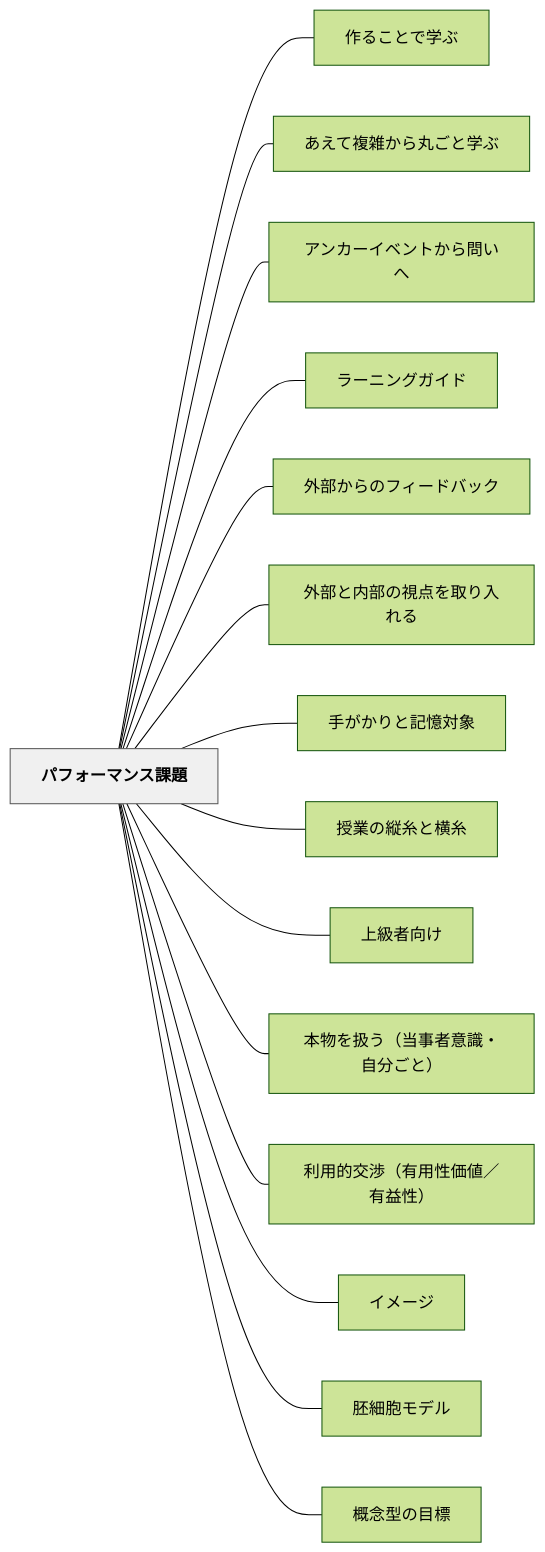
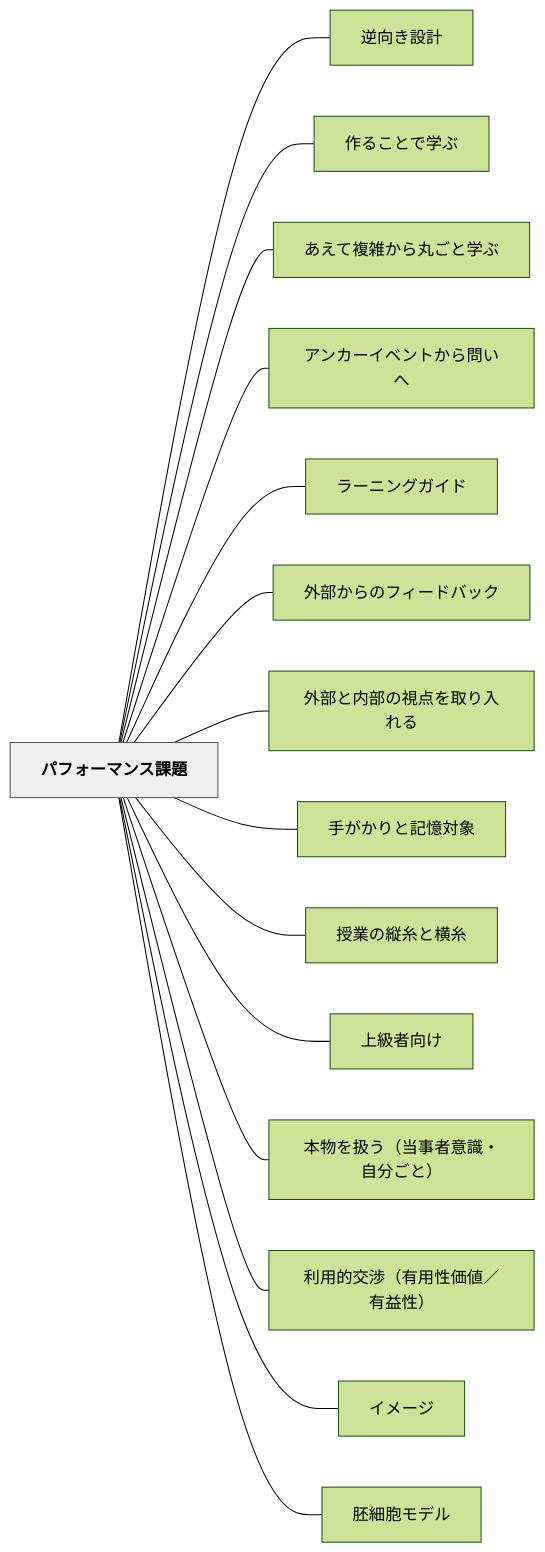
Before and after one commit to unknownthings-ed-patterns/unknownthings-ed-patterns: the diagram in content/パタン/パフォーマンス課題.md, drawn with Mermaid (forest theme). The commit also changed other lines of this file and 47 other files, not shown here.

````diff
--- a/content/パタン/パフォーマンス課題.md
+++ b/content/パタン/パフォーマンス課題.md
@@ -87,36 +88,36 @@
 ```mermaid
 flowchart LR
     ne38391e38395e382a9e383bce3839ee383b3e382b9e8aab2e9a18c["パフォーマンス課題"]
+    ne98086e59091e3818de8a8ade8a888["逆向き設計"]
     ne4bd9ce3828be38193e381a8e381a7e5ada6e381b6["作ることで学ぶ"]
     ne38182e38188e381a6e8a487e99b91e3818be38289e4b8b8e38194e381a8e5ada6e381b6["あえて複雑から丸ごと学ぶ"]
     ne382a2e383b3e382abe383bce382a4e38399e383b3e38388e3818be38289e5958fe38184e381b8["アンカーイベントから問いへ"]
     ne383a9e383bce3838be383b3e382b0e382ace382a4e38389["ラーニングガイド"]
     ne5a496e983a8e3818be38289e381aee38395e382a3e383bce38389e38390e38383e382af["外部からのフィードバック"]
     ne5a496e983a8e381a8e58685e983a8e381aee8a696e782b9e38292e58f96e3828ae585a5e3828ce3828b["外部と内部の視点を取り入れる"]
     ne6898be3818ce3818be3828ae381a8e8a898e686b6e5afbee8b1a1["手がかりと記憶対象"]
     ne68e88e6a5ade381aee7b8a6e7b3b8e381a8e6a8aae7b3b8["授業の縦糸と横糸"]
     ne4b88ae7b49ae88085e59091e38191["上級者向け"]
     ne69cace789a9e38292e689b1e38186efbc88e5bd93e4ba8be88085e6848fe8ad98e383bbe887aae58886e38194e381a8efbc89["本物を扱う（当事者意識・自分ごと）"]
     ne588a9e794a8e79a84e4baa4e6b889efbc88e69c89e794a8e680a7e4bea1e580a4efbc8fe69c89e79b8ae680a7efbc89["利用的交渉（有用性価値／有益性）"]
     ne382a4e383a1e383bce382b8["イメージ"]
     ne8839ae7b4b0e8839ee383a2e38387e383ab["胚細胞モデル"]
-    ne6a682e5bfb5e59e8be381aee79baee6a899["概念型の目標"]
 
+    ne38391e38395e382a9e383bce3839ee383b3e382b9e8aab2e9a18c --- ne98086e59091e3818de8a8ade8a888
     ne38391e38395e382a9e383bce3839ee383b3e382b9e8aab2e9a18c --- ne4bd9ce3828be38193e381a8e381a7e5ada6e381b6
     ne38391e38395e382a9e383bce3839ee383b3e382b9e8aab2e9a18c --- ne38182e38188e381a6e8a487e99b91e3818be38289e4b8b8e38194e381a8e5ada6e381b6
     ne38391e38395e382a9e383bce3839ee383b3e382b9e8aab2e9a18c --- ne382a2e383b3e382abe383bce382a4e38399e383b3e38388e3818be38289e5958fe38184e381b8
     ne38391e38395e382a9e383bce3839ee383b3e382b9e8aab2e9a18c --- ne383a9e383bce3838be383b3e382b0e382ace382a4e38389
     ne38391e38395e382a9e383bce3839ee383b3e382b9e8aab2e9a18c --- ne5a496e983a8e3818be38289e381aee38395e382a3e383bce38389e38390e38383e382af
     ne38391e38395e382a9e383bce3839ee383b3e382b9e8aab2e9a18c --- ne5a496e983a8e381a8e58685e983a8e381aee8a696e782b9e38292e58f96e3828ae585a5e3828ce3828b
     ne38391e38395e382a9e383bce3839ee383b3e382b9e8aab2e9a18c --- ne6898be3818ce3818be3828ae381a8e8a898e686b6e5afbee8b1a1
     ne38391e38395e382a9e383bce3839ee383b3e382b9e8aab2e9a18c --- ne68e88e6a5ade381aee7b8a6e7b3b8e381a8e6a8aae7b3b8
     ne38391e38395e382a9e383bce3839ee383b3e382b9e8aab2e9a18c --- ne4b88ae7b49ae88085e59091e38191
     ne38391e38395e382a9e383bce3839ee383b3e382b9e8aab2e9a18c --- ne69cace789a9e38292e689b1e38186efbc88e5bd93e4ba8be88085e6848fe8ad98e383bbe887aae58886e38194e381a8efbc89
     ne38391e38395e382a9e383bce3839ee383b3e382b9e8aab2e9a18c --- ne588a9e794a8e79a84e4baa4e6b889efbc88e69c89e794a8e680a7e4bea1e580a4efbc8fe69c89e79b8ae680a7efbc89
     ne38391e38395e382a9e383bce3839ee383b3e382b9e8aab2e9a18c --- ne382a4e383a1e383bce382b8
     ne38391e38395e382a9e383bce3839ee383b3e382b9e8aab2e9a18c --- ne8839ae7b4b0e8839ee383a2e38387e383ab
-    ne38391e38395e382a9e383bce3839ee383b3e382b9e8aab2e9a18c --- ne6a682e5bfb5e59e8be381aee79baee6a899
 
     classDef hub fill:#f0f0f0,stroke:#555,color:#000,font-weight:bold
     class ne38391e38395e382a9e383bce3839ee383b3e382b9e8aab2e9a18c hub
 ```
````
